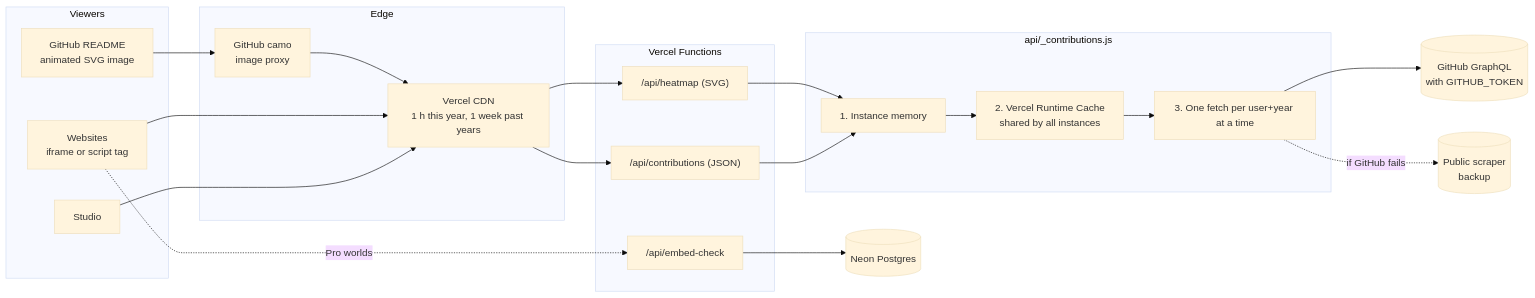
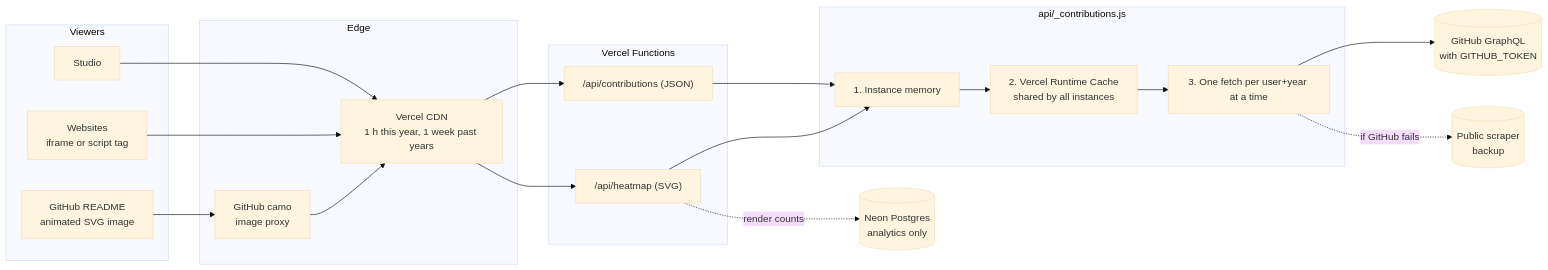
One commit to vimalsri318/Github-Heatmap-3D changed the first of 2 diagrams in docs/ARCHITECTURE.md. Above: the diagram before and after it, drawn with Mermaid (base theme). The commit also changed other lines of this file and 18 other files, not shown here.

````diff
--- a/docs/ARCHITECTURE.md
+++ b/docs/ARCHITECTURE.md
@@ -9,34 +9,33 @@
 ```mermaid
 flowchart LR
   subgraph Viewers
     R[GitHub README<br/>animated SVG image]
     W[Websites<br/>iframe or script tag]
     S[Studio]
   end
   subgraph Edge
     C[GitHub camo<br/>image proxy]
     CDN[Vercel CDN<br/>1 h this year, 1 week past years]
   end
   subgraph Server[Vercel Functions]
     H["/api/heatmap (SVG)"]
     J["/api/contributions (JSON)"]
-    K["/api/embed-check"]
   end
   subgraph Data["api/_contributions.js"]
     M1[1. Instance memory]
     M2[2. Vercel Runtime Cache<br/>shared by all instances]
     M3[3. One fetch per user+year at a time]
   end
   GH[(GitHub GraphQL<br/>with GITHUB_TOKEN)]
   BK[(Public scraper<br/>backup)]
-  DB[(Neon Postgres)]
+  DB[(Neon Postgres<br/>analytics only)]
 
   R --> C --> CDN
   W --> CDN
   S --> CDN
   CDN --> H & J
-  W -. Pro worlds .-> K --> DB
   H & J --> M1 --> M2 --> M3
   M3 --> GH
   M3 -. if GitHub fails .-> BK
+  H -. render counts .-> DB
 ```
````
